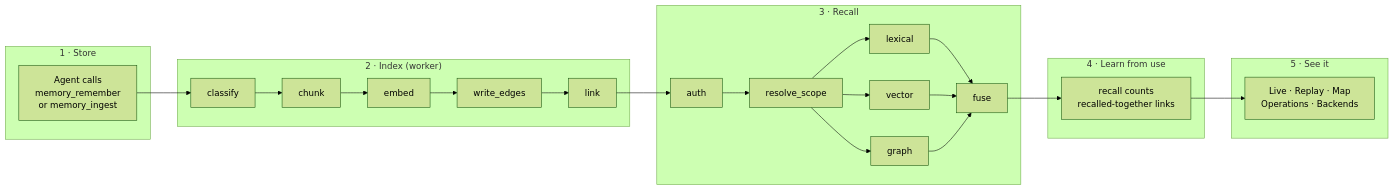
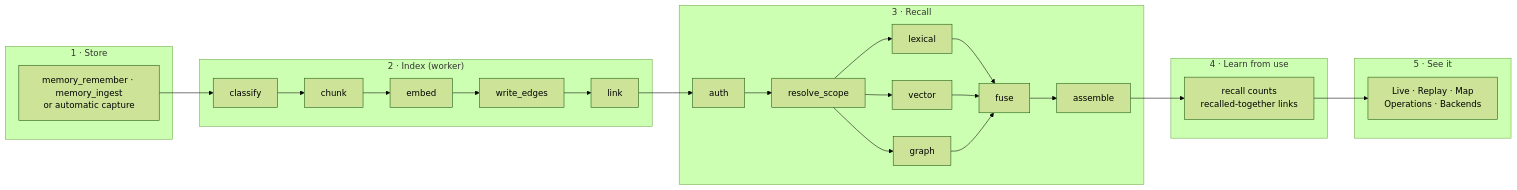
The first of 4 diagrams in README.md (JIGGAI/albert), drawn with Mermaid (forest theme) before and after one commit. The commit also changed other lines of this file, not shown here.

````diff
--- a/README.md
+++ b/README.md
@@ -48,27 +48,28 @@
 ```mermaid
 flowchart LR
     subgraph S1["1 · Store"]
-        A["Agent calls<br/>memory_remember<br/>or memory_ingest"]
+        A["memory_remember · memory_ingest<br/>or automatic capture"]
     end
     subgraph S2["2 · Index (worker)"]
         B[classify] --> C[chunk] --> D[embed] --> E[write_edges] --> F[link]
     end
     subgraph S3["3 · Recall"]
         G[auth] --> H[resolve_scope]
         H --> I[lexical]
         H --> J[vector]
         H --> K[graph]
         I --> L[fuse]
         J --> L
         K --> L
+        L --> P[assemble]
     end
     subgraph S4["4 · Learn from use"]
         M["recall counts<br/>recalled-together links"]
     end
     subgraph S5["5 · See it"]
         N["Live · Replay · Map<br/>Operations · Backends"]
     end
     A --> B
     F --> G
-    L --> M --> N
+    P --> M --> N
 ```
````
